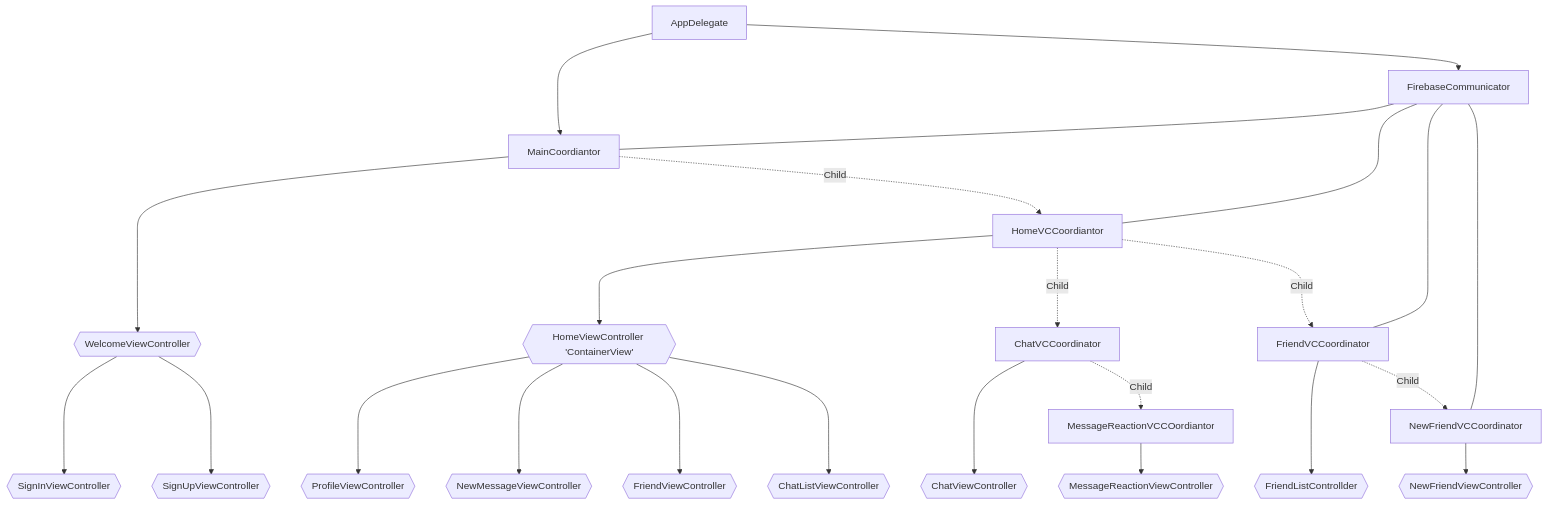
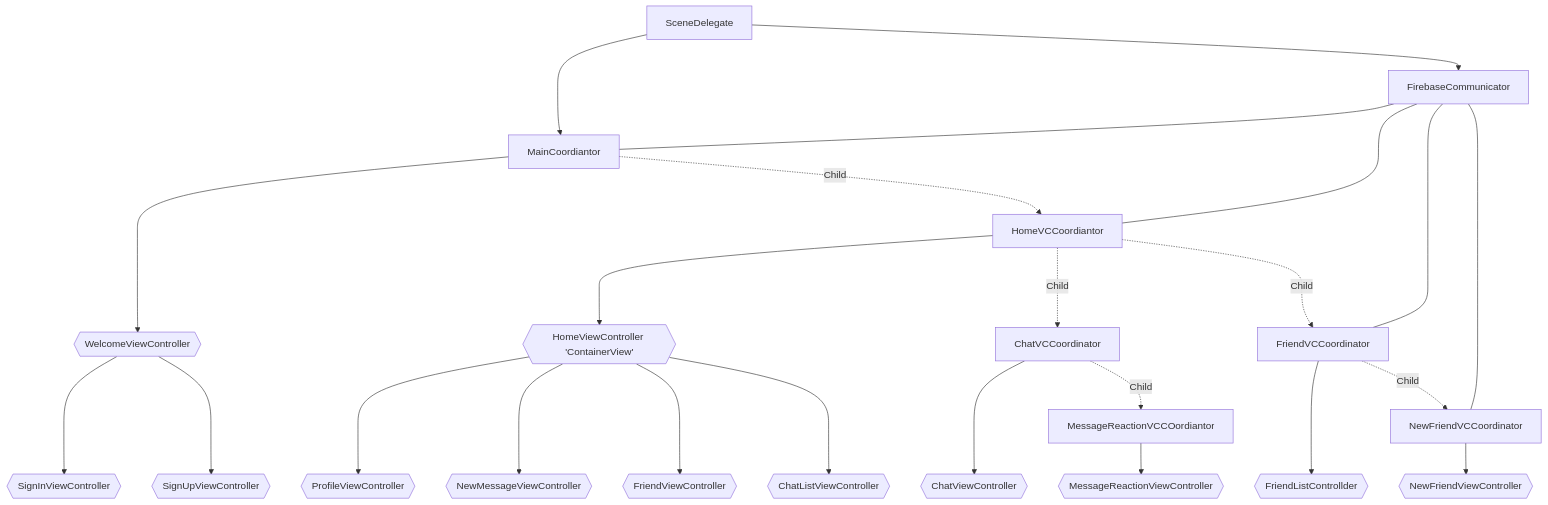
Before and after one commit to Gharyl/Tofu: the diagram in TOfu/README.md, drawn with Mermaid.

````diff
--- a/TOfu/README.md
+++ b/TOfu/README.md
@@ -34,28 +34,28 @@
 ```mermaid
 graph TB
-A[AppDelegate] --> B[MainCoordiantor]
+A[SceneDelegate] --> B[MainCoordiantor]
 A --> AA[FirebaseCommunicator]
  
 AA---B
 AA---D
 AA---H
 AA---J
 
 B ----> C{{WelcomeViewController}}
 C ---> CC{{SignInViewController}}
 C ---> CCC{{SignUpViewController}}
 B -.->|Child| D[HomeVCCoordiantor]
 D ---> E{{HomeViewController 'ContainerView'}}
 E ---> G{{ProfileViewController}}
 E ---> L{{NewMessageViewController}}
 E ---> EE{{FriendViewController}}
 E ---> LL{{ChatListViewController}}
 D -..-> |Child| AB[ChatVCCoordinator]
 AB ---> BC{{ChatViewController}}
 AB -.-> |Child| BA[MessageReactionVCCOordiantor]
 BA --> BAA{{MessageReactionViewController}}
 D -..-> |Child| H[FriendVCCoordinator]
 H ---> I{{FriendListControllder}}
 H -.-> |Child| J[NewFriendVCCoordinator]
 J --> K{{NewFriendViewController}}
 ```
````
